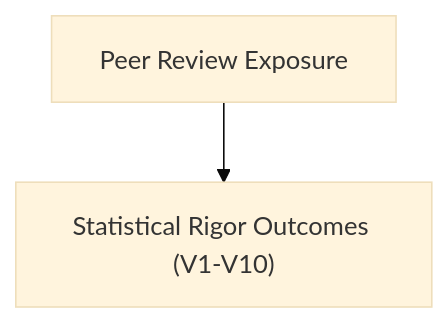
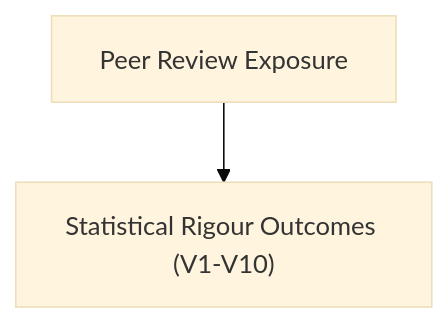
One commit to UofC-Research/peer-review changed the third of 4 diagrams in docs/peer_review_planning_document.md. Above: the diagram before and after it, drawn with Mermaid (base theme). The commit also changed other lines of this file and 6 other files, not shown here.

````diff
--- a/docs/peer_review_planning_document.md
+++ b/docs/peer_review_planning_document.md
@@ -172,4 +158,4 @@
 ```mermaid
 flowchart TD
-    PR["Peer Review Exposure"] --> Y["Statistical Rigor Outcomes (V1-V10)"]
+    PR["Peer Review Exposure"] --> Y["Statistical Rigour Outcomes (V1-V10)"]
 ```
````
